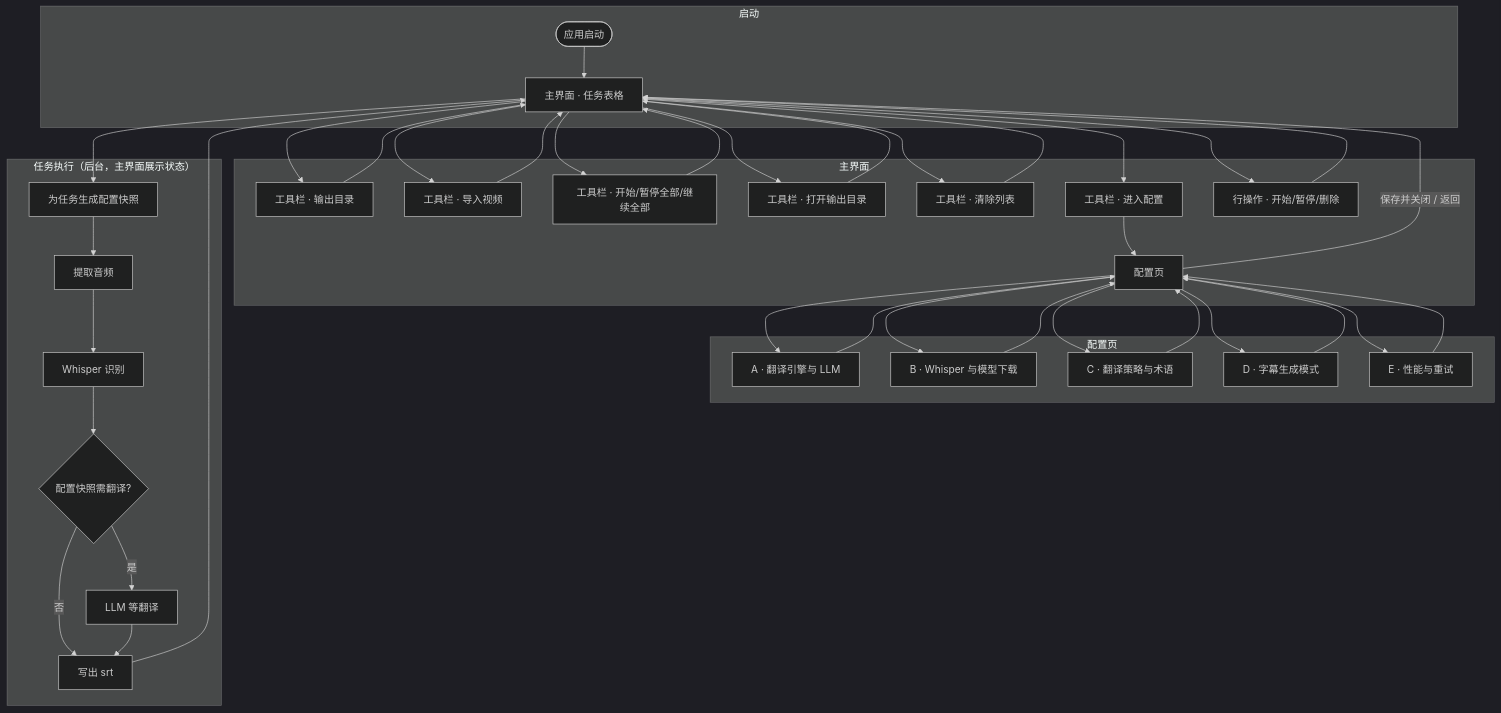
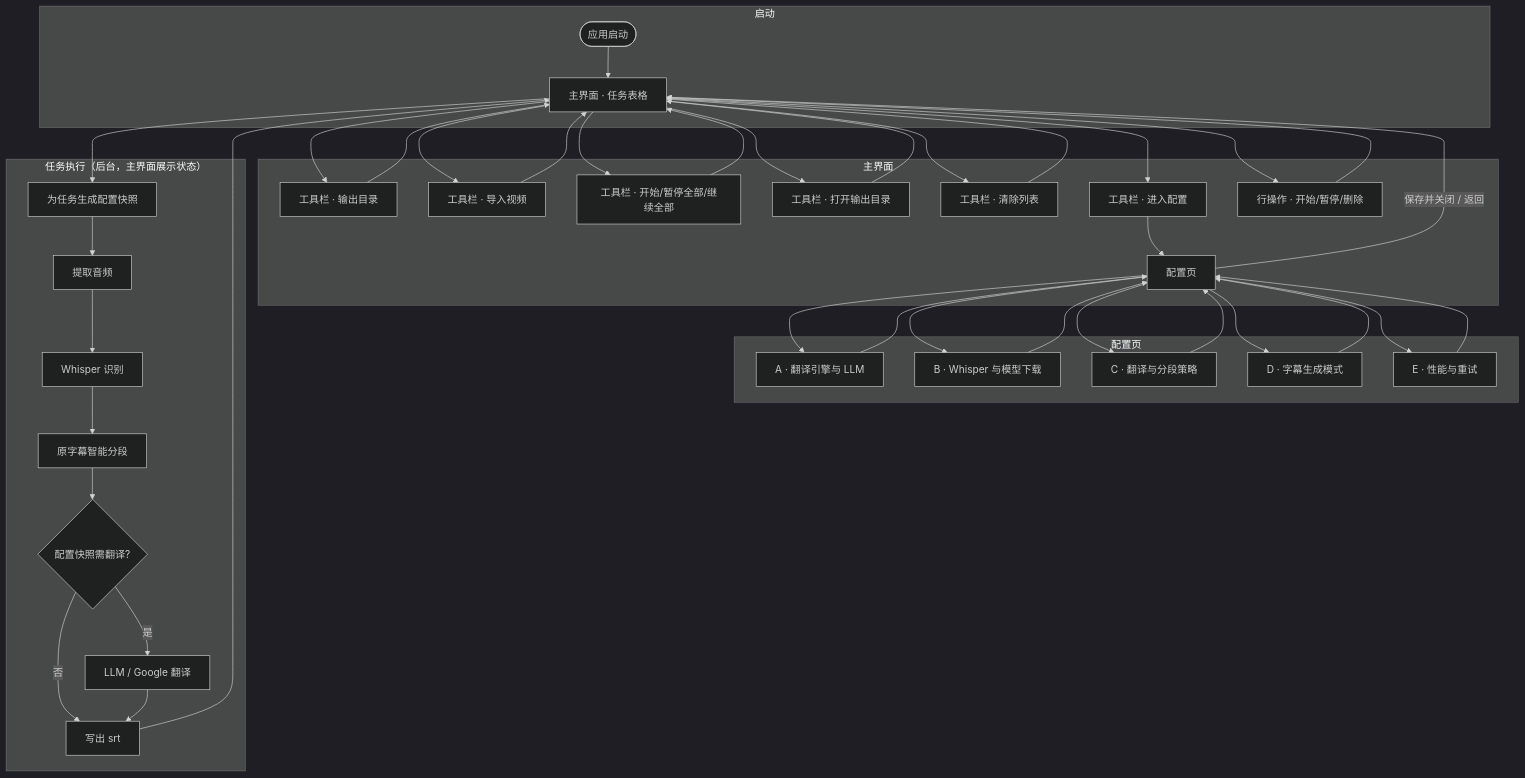
Before and after one commit to CodedByLiu/SubForge: the first of 2 diagrams in specs/0001-spec.md, drawn with Mermaid (dark theme). The commit also changed other lines of this file and 15 other files, not shown here.

````diff
--- a/specs/0001-spec.md
+++ b/specs/0001-spec.md
@@ -86,48 +89,49 @@
 ```mermaid
 flowchart TD
   subgraph entry["启动"]
     A([应用启动]) --> B[主界面 · 任务表格]
   end
 
   subgraph main["主界面"]
     B --> T1[工具栏 · 输出目录]
     B --> T2[工具栏 · 导入视频]
     B --> T3[工具栏 · 开始/暂停全部/继续全部]
     B --> T4[工具栏 · 打开输出目录]
     B --> T5[工具栏 · 清除列表]
     B --> T6[工具栏 · 进入配置]
     T1 --> B
     T2 --> B
     T3 --> B
     T4 --> B
     T5 --> B
     T6 --> C
     B --> R[行操作 · 开始/暂停/删除]
     R --> B
   end
 
   subgraph cfg["配置页"]
     C[配置页] --> C1[A · 翻译引擎与 LLM]
     C --> C2[B · Whisper 与模型下载]
-    C --> C3[C · 翻译策略与术语]
+    C --> C3[C · 翻译与分段策略]
     C --> C4[D · 字幕生成模式]
     C --> C5[E · 性能与重试]
     C1 --> C
     C2 --> C
     C3 --> C
     C4 --> C
     C5 --> C
     C -->|保存并关闭 / 返回| B
   end
 
   subgraph run["任务执行（后台，主界面展示状态）"]
     B --> S[为任务生成配置快照]
     S --> P1[提取音频]
     P1 --> P2[Whisper 识别]
-    P2 --> P3{配置快照需翻译?}
+    P2 --> P2A[原字幕智能分段]
+    P2A --> P3{配置快照需翻译?}
     P3 -->|否| P5[写出 srt]
-    P3 -->|是| P4[LLM 等翻译]
+    P3 -->|是| P4[LLM / Google 翻译]
     P4 --> P5
     P5 --> B
   end
 ```
````
